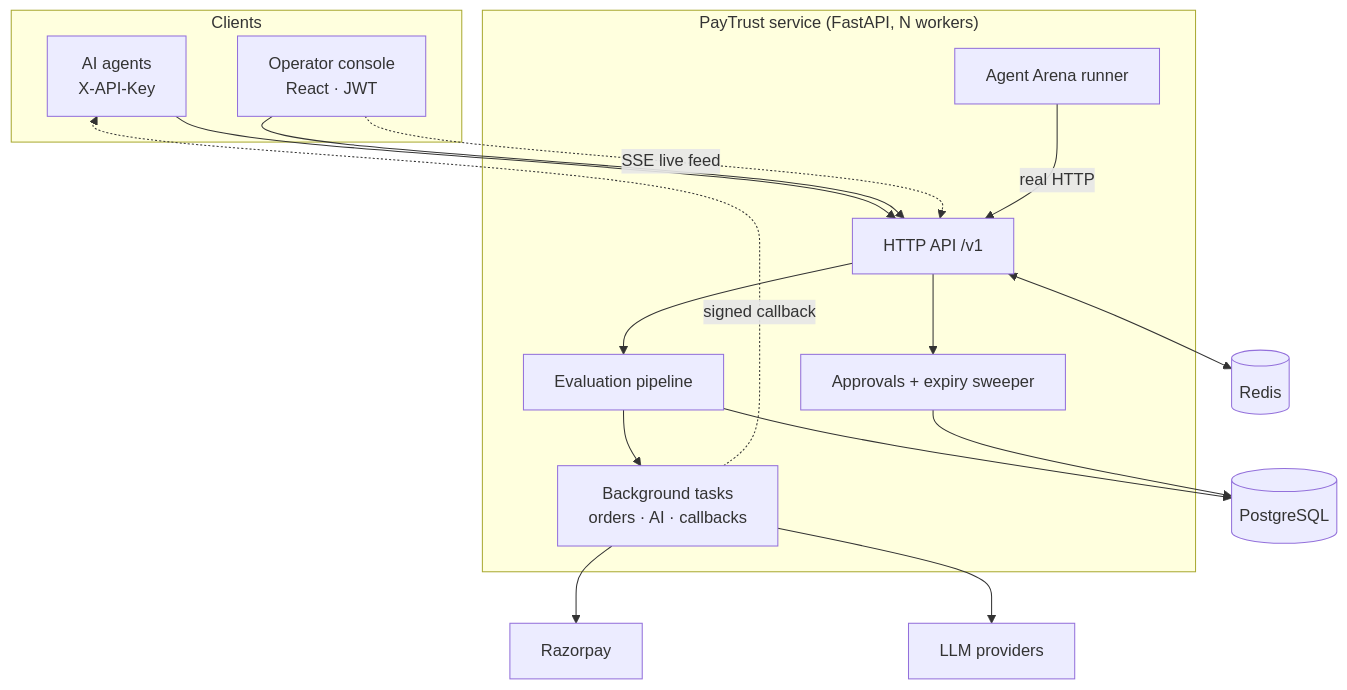
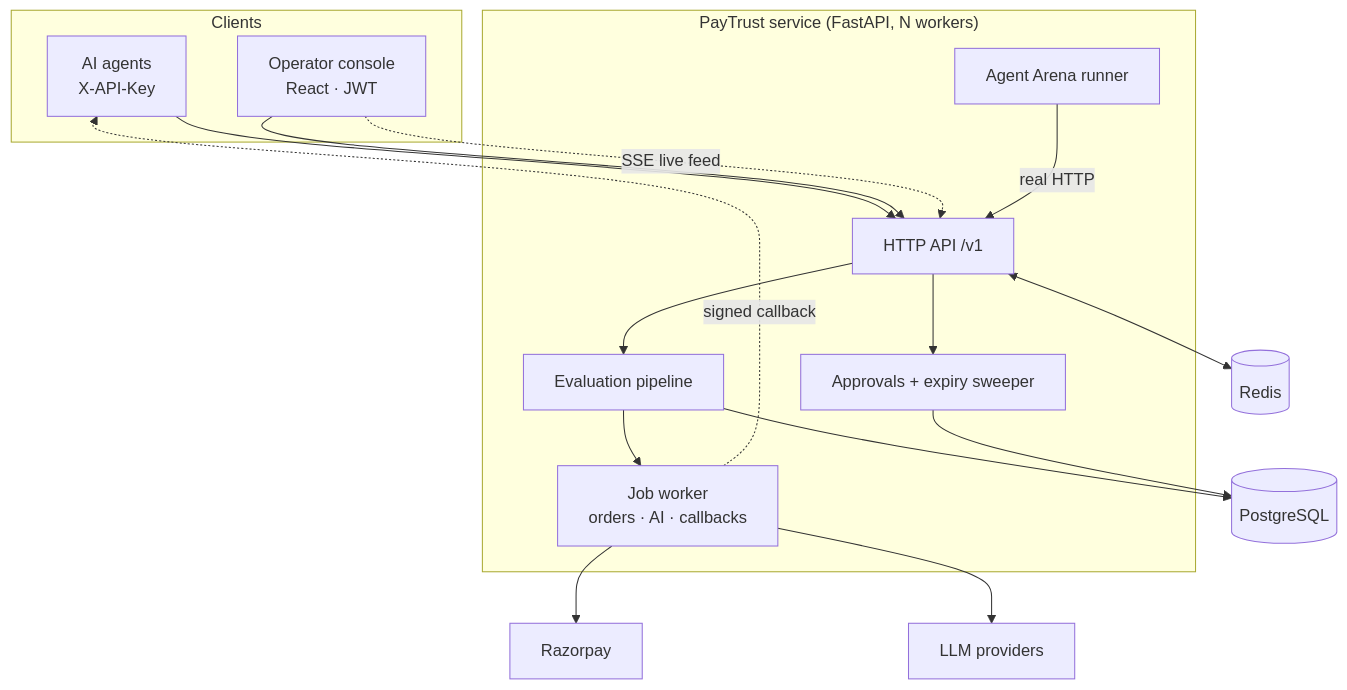
Before and after one commit to Sanskar1724/PayTrust_AI: the first of 2 diagrams in docs/ARCHITECTURE.md, drawn with Mermaid. The commit also changed other lines of this file and 16 other files, not shown here.

````diff
--- a/docs/ARCHITECTURE.md
+++ b/docs/ARCHITECTURE.md
@@ -5,30 +5,30 @@
 ```mermaid
 flowchart TB
     subgraph Clients
         AG[AI agents<br/>X-API-Key]
         OP[Operator console<br/>React · JWT]
     end
     subgraph Service["PayTrust service (FastAPI, N workers)"]
         API[HTTP API /v1]
         EV[Evaluation pipeline]
         AP[Approvals + expiry sweeper]
-        BG[Background tasks<br/>orders · AI · callbacks]
+        BG[Job worker<br/>orders · AI · callbacks]
         AR[Agent Arena runner]
     end
     PG[(PostgreSQL)]
     RD[(Redis)]
     RZ[Razorpay]
     LLM[LLM providers]
 
     AG --> API
     OP --> API
     OP -. SSE live feed .-> API
     API --> EV --> PG
     API --> AP --> PG
     EV --> BG
     BG --> RZ
     BG --> LLM
     BG -. signed callback .-> AG
     API <--> RD
     AR -- real HTTP --> API
 ```
````
